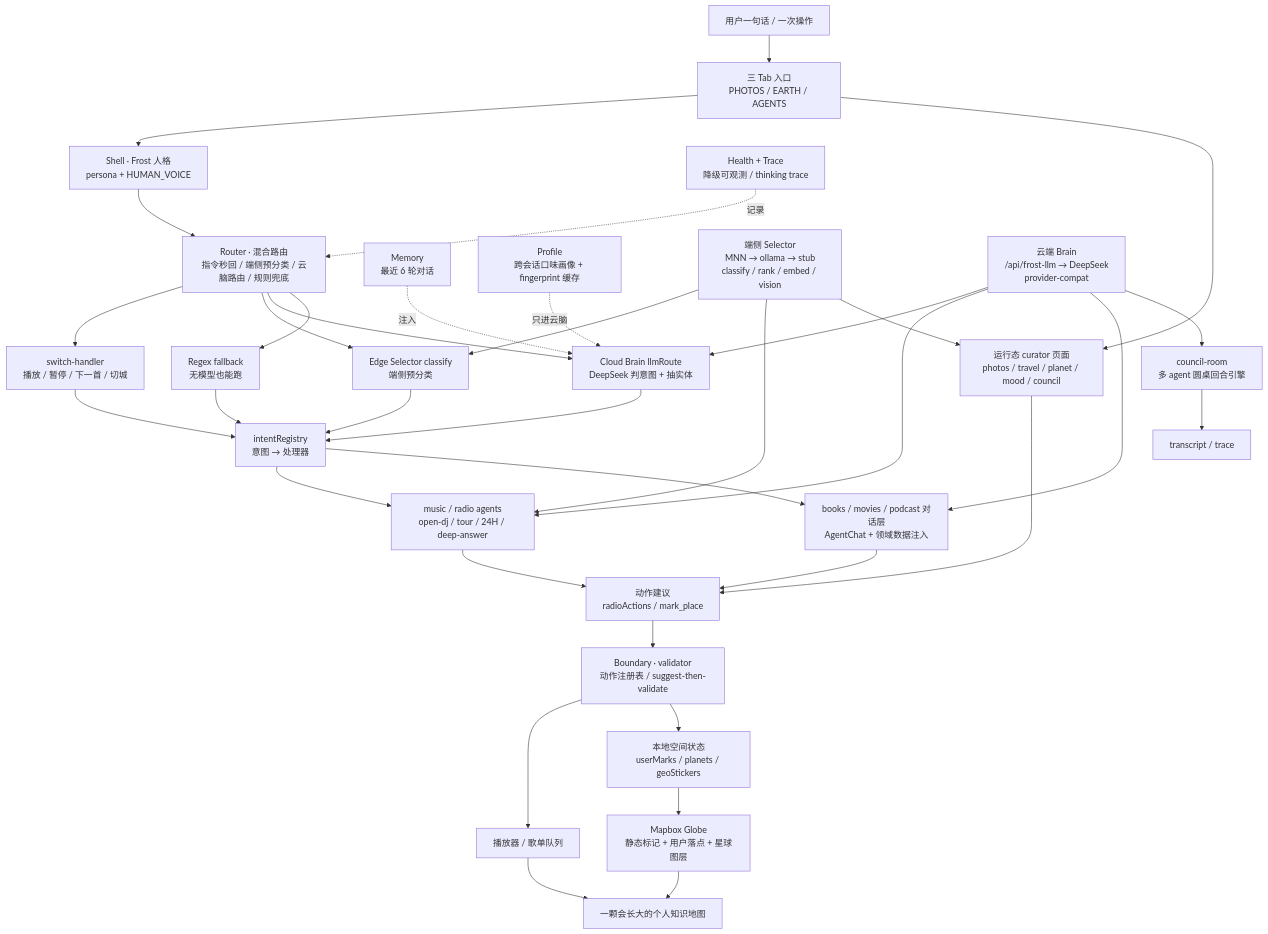
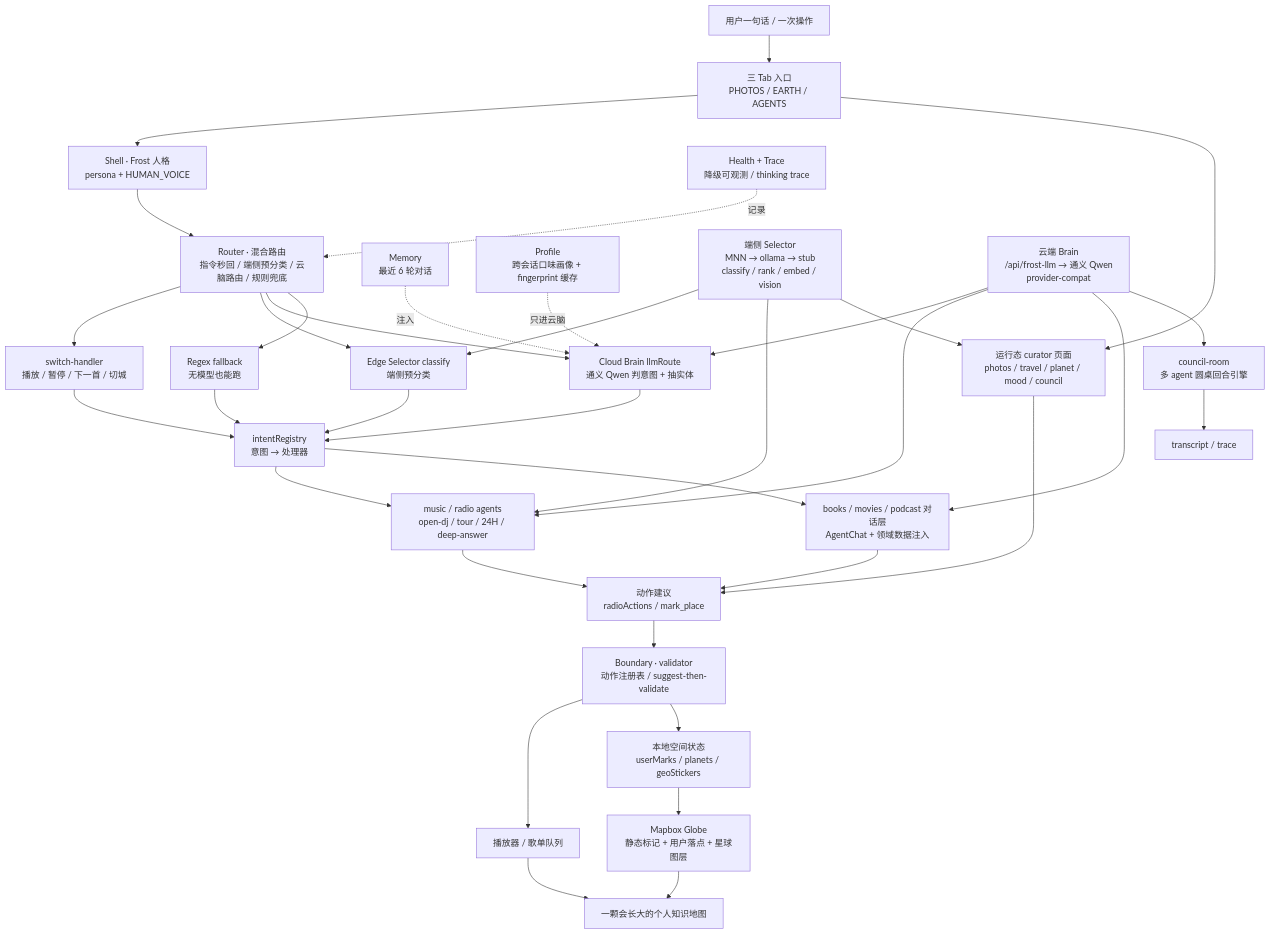
One commit to narratorzhang0307/Pocket-Earth-Plus changed the second of 2 diagrams in pocket-earth-agent-architecture-mermaid.md. Above: the diagram before and after it, drawn with Mermaid. The commit also changed 22 other files, not shown here.

First line of the commit message:
[Plus] 云脑全栈对齐通义 Qwen，彻底去掉 DeepSeek（端侧本就是 Qwen3/Qwen-VL）

````diff
--- a/pocket-earth-agent-architecture-mermaid.md
+++ b/pocket-earth-agent-architecture-mermaid.md
@@ -38,47 +38,47 @@
 ```mermaid
 flowchart TD
     USER["用户一句话 / 一次操作"] --> UI["三 Tab 入口<br/>PHOTOS / EARTH / AGENTS"]
 
     UI --> SHELL["Shell · Frost 人格<br/>persona + HUMAN_VOICE"]
     SHELL --> ROUTER["Router · 混合路由<br/>指令秒回 / 端侧预分类 / 云脑路由 / 规则兜底"]
 
     ROUTER --> FAST["switch-handler<br/>播放 / 暂停 / 下一首 / 切城"]
     ROUTER --> EDGE_ROUTE["Edge Selector classify<br/>端侧预分类"]
-    ROUTER --> CLOUD_ROUTE["Cloud Brain llmRoute<br/>DeepSeek 判意图 + 抽实体"]
+    ROUTER --> CLOUD_ROUTE["Cloud Brain llmRoute<br/>通义 Qwen 判意图 + 抽实体"]
     ROUTER --> REGEX["Regex fallback<br/>无模型也能跑"]
 
     MEMORY["Memory<br/>最近 6 轮对话"] -.注入.-> CLOUD_ROUTE
     PROFILE["Profile<br/>跨会话口味画像 + fingerprint 缓存"] -.只进云脑.-> CLOUD_ROUTE
     HEALTH["Health + Trace<br/>降级可观测 / thinking trace"] -.记录.-> ROUTER
 
     EDGE["端侧 Selector<br/>MNN → ollama → stub<br/>classify / rank / embed / vision"] --> EDGE_ROUTE
-    BRAIN["云端 Brain<br/>/api/frost-llm → DeepSeek<br/>provider-compat"] --> CLOUD_ROUTE
+    BRAIN["云端 Brain<br/>/api/frost-llm → 通义 Qwen<br/>provider-compat"] --> CLOUD_ROUTE
 
     FAST --> REGISTRY["intentRegistry<br/>意图 → 处理器"]
     EDGE_ROUTE --> REGISTRY
     CLOUD_ROUTE --> REGISTRY
     REGEX --> REGISTRY
 
     REGISTRY --> MUSIC["music / radio agents<br/>open-dj / tour / 24H / deep-answer"]
     REGISTRY --> CHAT["books / movies / podcast 对话层<br/>AgentChat + 领域数据注入"]
     UI --> RUNPAGES["运行态 curator 页面<br/>photos / travel / planet / mood / council"]
 
     EDGE --> MUSIC
     EDGE --> RUNPAGES
     BRAIN --> MUSIC
     BRAIN --> CHAT
     BRAIN --> COUNCIL["council-room<br/>多 agent 圆桌回合引擎"]
 
     MUSIC --> ACTIONS["动作建议<br/>radioActions / mark_place"]
     CHAT --> ACTIONS
     RUNPAGES --> ACTIONS
     COUNCIL --> TRACE_OUT["transcript / trace"]
 
     ACTIONS --> BOUNDARY["Boundary · validator<br/>动作注册表 / suggest-then-validate"]
     BOUNDARY --> PLAYER["播放器 / 歌单队列"]
     BOUNDARY --> STORES["本地空间状态<br/>userMarks / planets / geoStickers"]
 
     STORES --> MAP["Mapbox Globe<br/>静态标记 + 用户落点 + 星球图层"]
     MAP --> RESULT["一颗会长大的个人知识地图"]
     PLAYER --> RESULT
 ```
````
